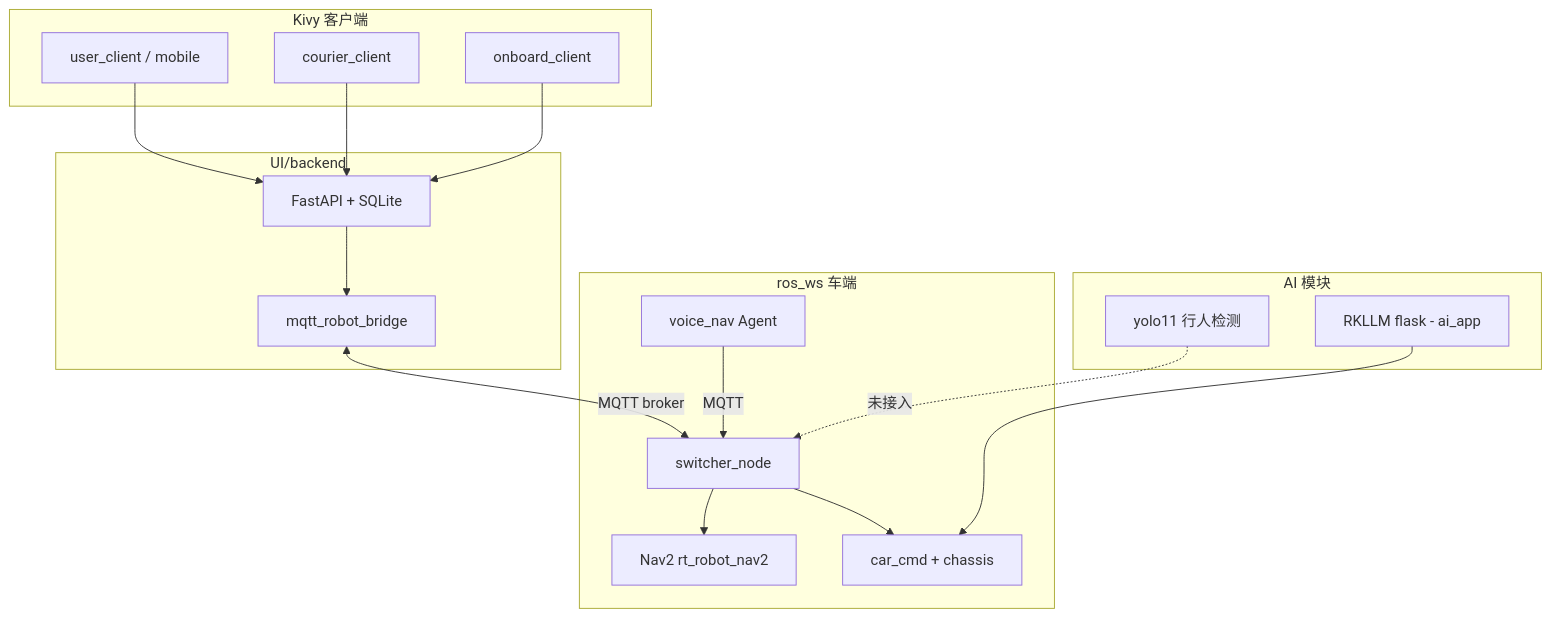
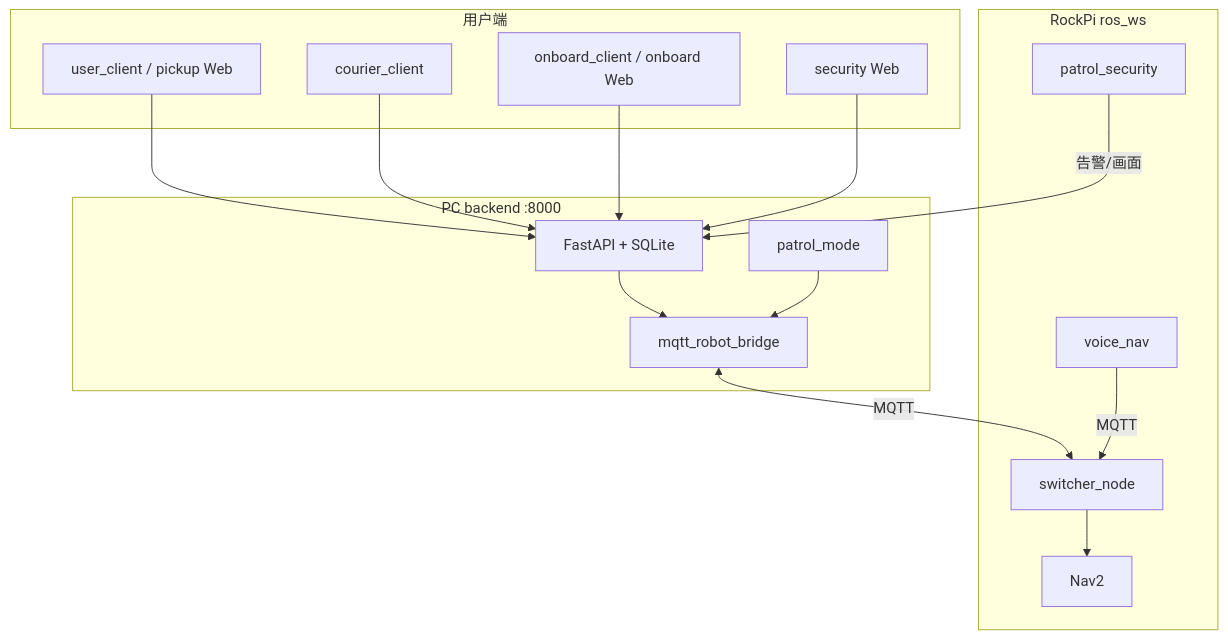
One commit to W-123-cool/- changed the diagram in README.md. Above: the diagram before and after it, drawn with Mermaid. The commit also changed other lines of this file, not shown here.

````diff
--- a/README.md
+++ b/README.md
@@ -238,36 +271,33 @@
 ```mermaid
 flowchart TB
-    subgraph clients [Kivy 客户端]
-        UC[user_client / mobile]
+    subgraph clients [用户端]
+        UC[user_client / pickup Web]
         CC[courier_client]
-        OB[onboard_client]
+        OB[onboard_client / onboard Web]
+        SEC[security Web]
     end
 
-    subgraph server [UI/backend]
+    subgraph server [PC backend :8000]
         API[FastAPI + SQLite]
         MQTT_B[mqtt_robot_bridge]
+        PAT[patrol_mode]
     end
 
-    subgraph robot [ros_ws 车端]
+    subgraph robot [RockPi ros_ws]
         SW[switcher_node]
-        NAV[Nav2 rt_robot_nav2]
-        CHS[car_cmd + chassis]
-        VN[voice_nav Agent]
-    end
-
-    subgraph ai [AI 模块]
-        LLM[RKLLM flask - ai_app]
-        YOLO[yolo11 行人检测]
+        NAV[Nav2]
+        VN[voice_nav]
+        PV[patrol_security]
     end
 
     UC --> API
     CC --> API
     OB --> API
+    SEC --> API
     API --> MQTT_B
-    MQTT_B <-->|MQTT broker| SW
+    PAT --> MQTT_B
+    MQTT_B <-->|MQTT| SW
     SW --> NAV
-    SW --> CHS
     VN -->|MQTT| SW
-    LLM --> CHS
-    YOLO -.->|未接入| SW
+    PV -->|告警/画面| API
 ```
````
